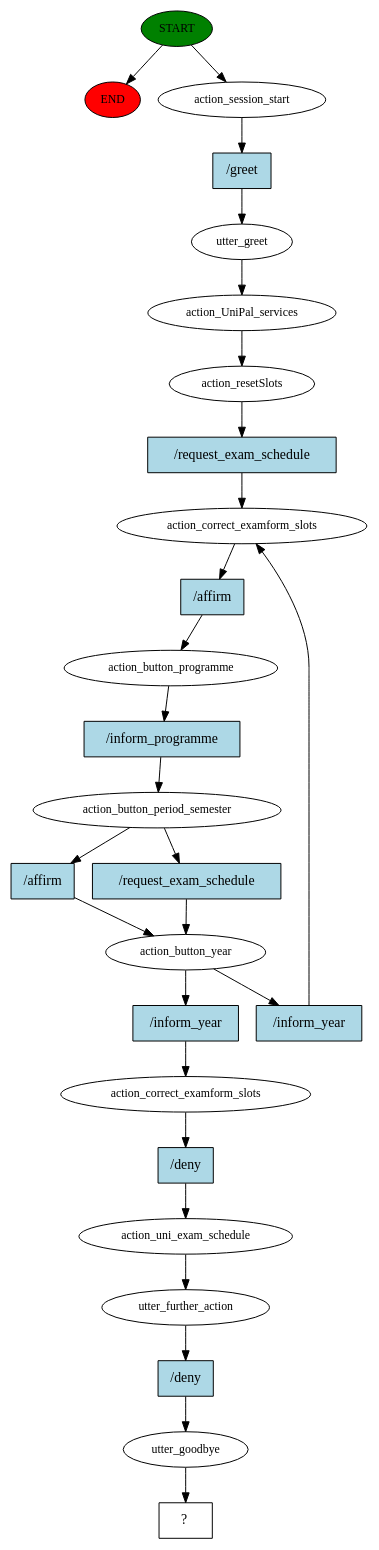
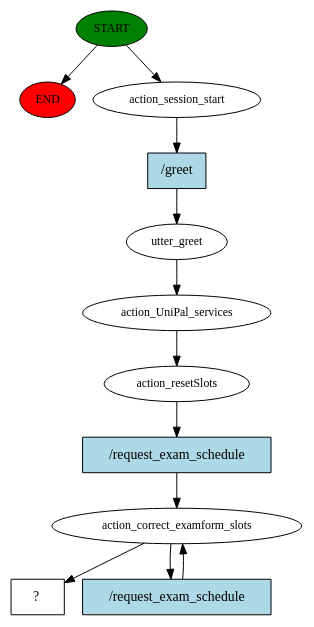
The diagram in UniPal/story_graph.dot (theatina/UniPal), drawn with Graphviz before and after one commit. The commit also changed 27 other files, not shown here.

```diff
--- a/UniPal/story_graph.dot
+++ b/UniPal/story_graph.dot
@@ -1,53 +1,24 @@
 digraph  {
 0 [class="start active", fillcolor=green, fontsize=12, label=START, style=filled];
 "-1" [class=end, fillcolor=red, fontsize=12, label=END, style=filled];
 1 [class=active, fontsize=12, label=action_session_start];
 2 [class=active, fontsize=12, label=utter_greet];
 3 [class=active, fontsize=12, label=action_UniPal_services];
 4 [class=active, fontsize=12, label=action_resetSlots];
 5 [class=active, fontsize=12, label=action_correct_examform_slots];
-6 [class=active, fontsize=12, label=action_button_programme];
-7 [class=active, fontsize=12, label=action_button_period_semester];
-8 [class=active, fontsize=12, label=action_button_year];
-13 [class=active, fontsize=12, label=action_correct_examform_slots];
-14 [class=active, fontsize=12, label=action_uni_exam_schedule];
-15 [class=active, fontsize=12, label=utter_further_action];
-16 [class=active, fontsize=12, label=utter_goodbye];
-17 [class="intent dashed active", label="  ?  ", shape=rect];
-18 [class="intent active", fillcolor=lightblue, label="/greet", shape=rect, style=filled];
-19 [class="intent active", fillcolor=lightblue, label="/request_exam_schedule", shape=rect, style=filled];
-20 [class="intent active", fillcolor=lightblue, label="/affirm", shape=rect, style=filled];
-21 [class="intent active", fillcolor=lightblue, label="/inform_programme", shape=rect, style=filled];
-22 [class="intent active", fillcolor=lightblue, label="/affirm", shape=rect, style=filled];
-23 [class="intent active", fillcolor=lightblue, label="/request_exam_schedule", shape=rect, style=filled];
-24 [class="intent active", fillcolor=lightblue, label="/inform_year", shape=rect, style=filled];
-25 [class="intent active", fillcolor=lightblue, label="/inform_year", shape=rect, style=filled];
-26 [class="intent active", fillcolor=lightblue, label="/deny", shape=rect, style=filled];
-27 [class="intent active", fillcolor=lightblue, label="/deny", shape=rect, style=filled];
+14 [class="intent dashed active", label="  ?  ", shape=rect];
+15 [class="intent active", fillcolor=lightblue, label="/greet", shape=rect, style=filled];
+16 [class="intent active", fillcolor=lightblue, label="/request_exam_schedule", shape=rect, style=filled];
+17 [class="intent active", fillcolor=lightblue, label="/request_exam_schedule", shape=rect, style=filled];
 0 -> "-1"  [class="", key=NONE, label=""];
 0 -> 1  [class=active, key=NONE, label=""];
-1 -> 18  [class=active, key=0];
+1 -> 15  [class=active, key=0];
 2 -> 3  [class=active, key=NONE, label=""];
 3 -> 4  [class=active, key=NONE, label=""];
-4 -> 19  [class=active, key=0];
-5 -> 20  [class=active, key=0];
-6 -> 21  [class=active, key=0];
-7 -> 22  [class=active, key=0];
-7 -> 23  [class=active, key=0];
-8 -> 24  [class=active, key=0];
-8 -> 25  [class=active, key=0];
-13 -> 26  [class=active, key=0];
-14 -> 15  [class=active, key=NONE, label=""];
-15 -> 27  [class=active, key=0];
-16 -> 17  [class=active, key=NONE, label=""];
-18 -> 2  [class=active, key=0];
-19 -> 5  [class=active, key=0];
-20 -> 6  [class=active, key=0];
-21 -> 7  [class=active, key=0];
-22 -> 8  [class=active, key=0];
-23 -> 8  [class=active, key=0];
-24 -> 5  [class=active, key=0];
-25 -> 13  [class=active, key=0];
-26 -> 14  [class=active, key=0];
-27 -> 16  [class=active, key=0];
+4 -> 16  [class=active, key=0];
+5 -> 14  [class=active, key=NONE, label=""];
+5 -> 17  [class=active, key=0];
+15 -> 2  [class=active, key=0];
+16 -> 5  [class=active, key=0];
+17 -> 5  [class=active, key=0];
 }
```
